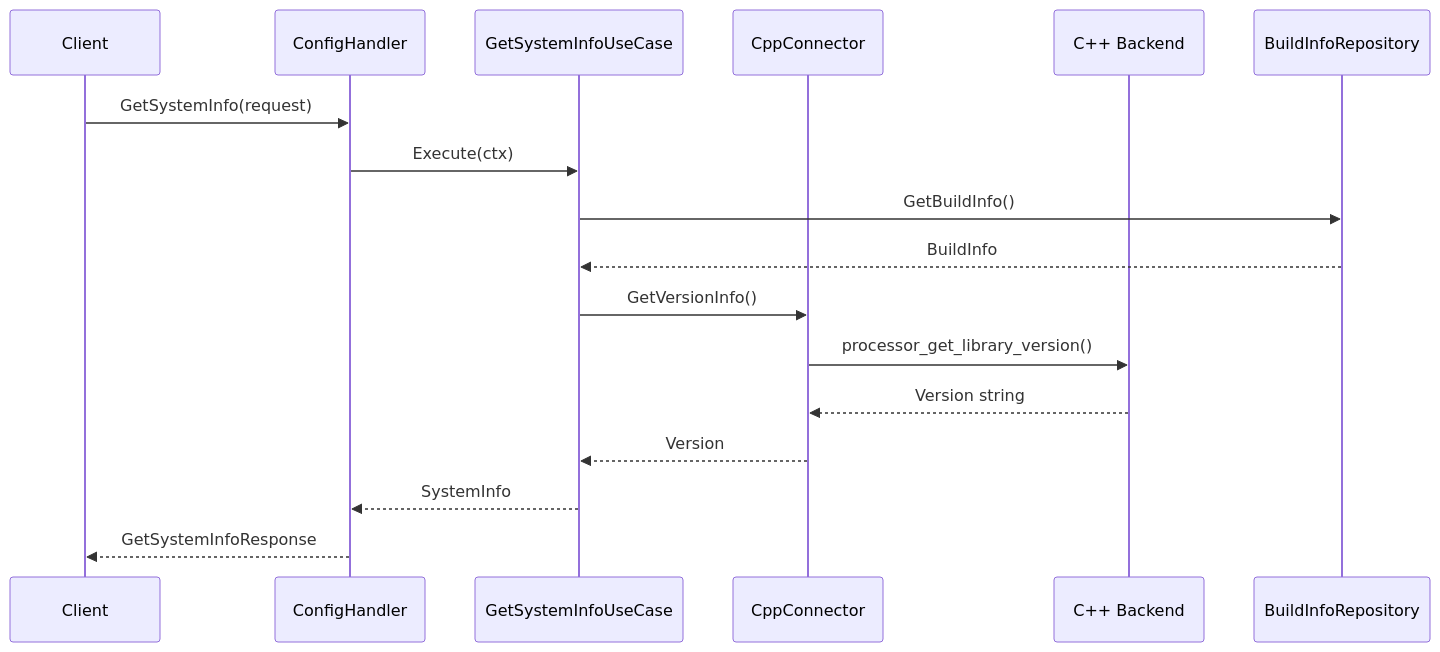
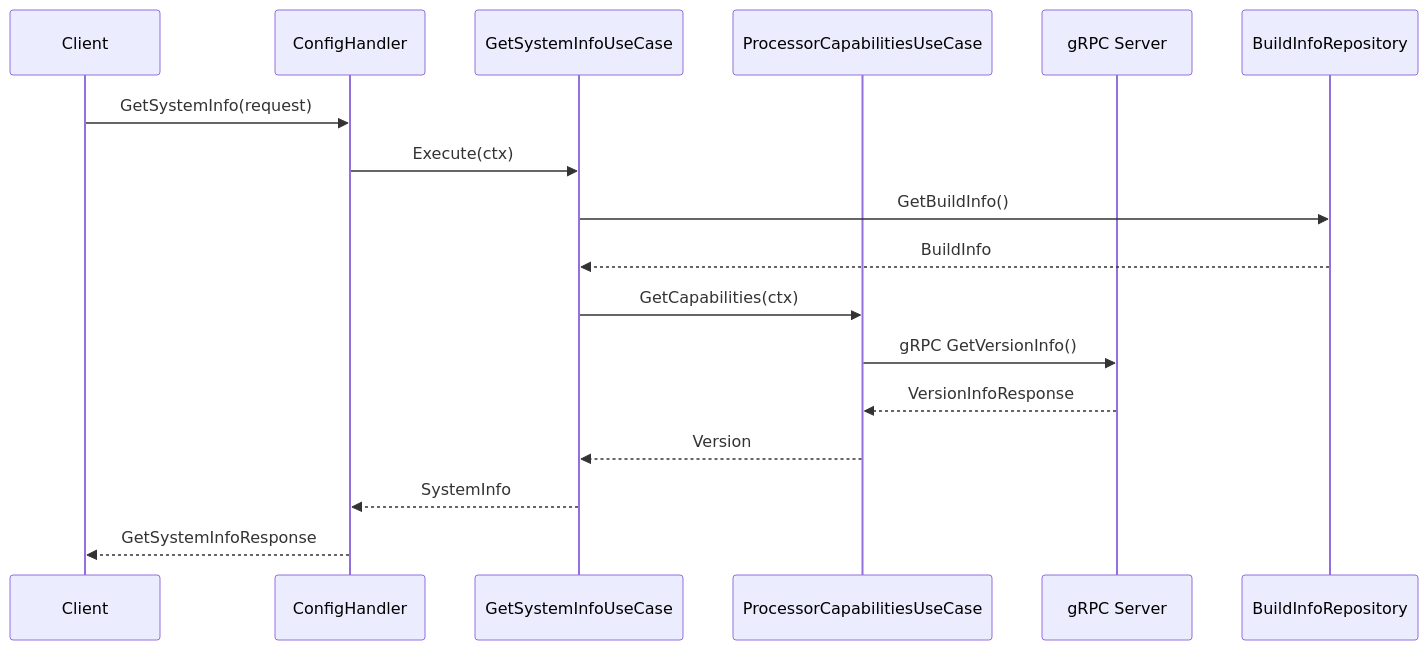
Before and after one commit to josnelihurt/learning-cuda: the seventh of 11 diagrams in webserver/README.md, drawn with Mermaid. The commit also changed other lines of this file and 239 other files, not shown here.

First line of the commit message:
feat(webrtc): migrate to gRPC-only backend and add WebRTC signaling (#581) (#603)

````diff
--- a/webserver/README.md
+++ b/webserver/README.md
@@ -467,22 +401,22 @@
 ```mermaid
 sequenceDiagram
     participant Client as Client
     participant Handler as ConfigHandler
     participant SystemInfoUC as GetSystemInfoUseCase
-    participant CppConn as CppConnector
-    participant CppBackend as C++ Backend
+    participant CapabilitiesUC as ProcessorCapabilitiesUseCase
+    participant GRPCServer as gRPC Server
     participant BuildRepo as BuildInfoRepository
     
     Client->>Handler: GetSystemInfo(request)
     Handler->>SystemInfoUC: Execute(ctx)
     SystemInfoUC->>BuildRepo: GetBuildInfo()
     BuildRepo-->>SystemInfoUC: BuildInfo
     
-    SystemInfoUC->>CppConn: GetVersionInfo()
-    CppConn->>CppBackend: processor_get_library_version()
-    CppBackend-->>CppConn: Version string
-    CppConn-->>SystemInfoUC: Version
+    SystemInfoUC->>CapabilitiesUC: GetCapabilities(ctx)
+    CapabilitiesUC->>GRPCServer: gRPC GetVersionInfo()
+    GRPCServer-->>CapabilitiesUC: VersionInfoResponse
+    CapabilitiesUC-->>SystemInfoUC: Version
     
     SystemInfoUC-->>Handler: SystemInfo
     Handler-->>Client: GetSystemInfoResponse
 ```
````
